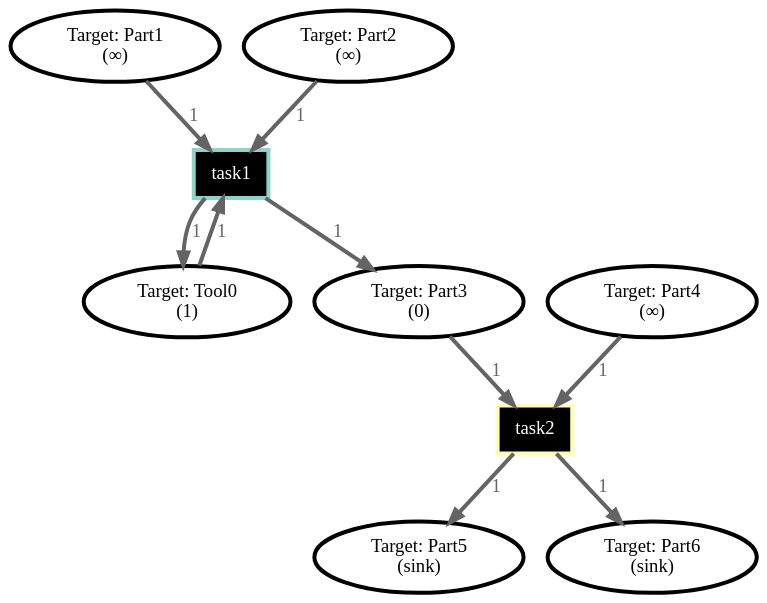
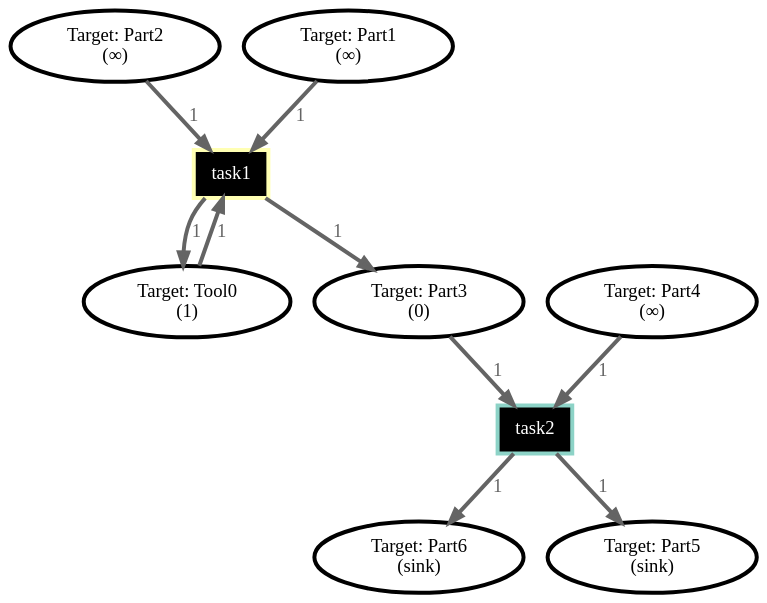
One commit to Wisc-HCI/allocobot changed the diagram in basic.dot. Above: the diagram before and after it, drawn with Graphviz. The commit also changed 10 other files, not shown here.

```diff
--- a/basic.dot
+++ b/basic.dot
@@ -1,31 +1,31 @@
 digraph Job_1 {
 bgcolor="transparent"
+// Place Target: Part2
+	229796830994320086550841309018528025723 [label="Target: Part2\n(∞)",tooltip="Target:Part2",style=filled,fillcolor="#FFFFFF",color="#000000",penwidth=3];
+// Place Target: Part3
+	111207074528930920974023996637798907682 [label="Target: Part3\n(0)",tooltip="Target:Part3",style=filled,fillcolor="#FFFFFF",color="#000000",penwidth=3];
+// Place Target: Part6
+	223904012590262649490106335439222087609 [label="Target: Part6\n(sink)",tooltip="Target:Part6",style=filled,fillcolor="#FFFFFF",color="#000000",penwidth=3];
+// Place Target: Part4
+	46542626004616670144962385505130569823 [label="Target: Part4\n(∞)",tooltip="Target:Part4",style=filled,fillcolor="#FFFFFF",color="#000000",penwidth=3];
+// Place Target: Tool0
+	333527955037345707140191695102878057628 [label="Target: Tool0\n(1)",tooltip="Target:Tool0",style=filled,fillcolor="#FFFFFF",color="#000000",penwidth=3];
+// Place Target: Part1
+	35962894677121355045917134238595414877 [label="Target: Part1\n(∞)",tooltip="Target:Part1",style=filled,fillcolor="#FFFFFF",color="#000000",penwidth=3];
 // Place Target: Part5
-	254121561363505507579534080344849193406 [label="Target: Part5\n(sink)",tooltip="Target:Part5",style=filled,fillcolor="#FFFFFF",color="#000000",penwidth=3];
-// Place Target: Part3
-	315691685605973854689180236790451034163 [label="Target: Part3\n(0)",tooltip="Target:Part3",style=filled,fillcolor="#FFFFFF",color="#000000",penwidth=3];
-// Place Target: Part6
-	79260558493765799762065059066793344126 [label="Target: Part6\n(sink)",tooltip="Target:Part6",style=filled,fillcolor="#FFFFFF",color="#000000",penwidth=3];
-// Place Target: Tool0
-	96045772910659482129030334219934172723 [label="Target: Tool0\n(1)",tooltip="Target:Tool0",style=filled,fillcolor="#FFFFFF",color="#000000",penwidth=3];
-// Place Target: Part4
-	237469731115177439631609116638330935203 [label="Target: Part4\n(∞)",tooltip="Target:Part4",style=filled,fillcolor="#FFFFFF",color="#000000",penwidth=3];
-// Place Target: Part1
-	289974723802224764308514001960452805233 [label="Target: Part1\n(∞)",tooltip="Target:Part1",style=filled,fillcolor="#FFFFFF",color="#000000",penwidth=3];
-// Place Target: Part2
-	144388234892471828246695503312522862836 [label="Target: Part2\n(∞)",tooltip="Target:Part2",style=filled,fillcolor="#FFFFFF",color="#000000",penwidth=3];
+	289780229631635489750083816345446531483 [label="Target: Part5\n(sink)",tooltip="Target:Part5",style=filled,fillcolor="#FFFFFF",color="#000000",penwidth=3];
+// Transition task2
+	96125577654285215117336544733486040147 [label="task2",tooltip="Task:task2",shape=box,style=filled,fillcolor="#000000",fontcolor="#FFFFFF",color="#8DD3C7",penwidth=3];
 // Transition task1
-	97139159726315801358773349195481537954 [label="task1",tooltip="Task:task1",shape=box,style=filled,fillcolor="#000000",fontcolor="#FFFFFF",color="#8DD3C7",penwidth=3];
-// Transition task2
-	339759114139335131940551307251964456825 [label="task2",tooltip="Task:task2",shape=box,style=filled,fillcolor="#000000",fontcolor="#FFFFFF",color="#FFFFB3",penwidth=3];
-	289974723802224764308514001960452805233 -> 97139159726315801358773349195481537954 [label="1",color="#646464",fontcolor="#646464",penwidth=3];
-	96045772910659482129030334219934172723 -> 97139159726315801358773349195481537954 [label="1",color="#646464",fontcolor="#646464",penwidth=3];
-	144388234892471828246695503312522862836 -> 97139159726315801358773349195481537954 [label="1",color="#646464",fontcolor="#646464",penwidth=3];
-	97139159726315801358773349195481537954 -> 315691685605973854689180236790451034163 [label="1",color="#646464",fontcolor="#646464",penwidth=3];
-	97139159726315801358773349195481537954 -> 96045772910659482129030334219934172723 [label="1",color="#646464",fontcolor="#646464",penwidth=3];
-	237469731115177439631609116638330935203 -> 339759114139335131940551307251964456825 [label="1",color="#646464",fontcolor="#646464",penwidth=3];
-	315691685605973854689180236790451034163 -> 339759114139335131940551307251964456825 [label="1",color="#646464",fontcolor="#646464",penwidth=3];
-	339759114139335131940551307251964456825 -> 254121561363505507579534080344849193406 [label="1",color="#646464",fontcolor="#646464",penwidth=3];
-	339759114139335131940551307251964456825 -> 79260558493765799762065059066793344126 [label="1",color="#646464",fontcolor="#646464",penwidth=3];
+	247540908381885874707202673811351352180 [label="task1",tooltip="Task:task1",shape=box,style=filled,fillcolor="#000000",fontcolor="#FFFFFF",color="#FFFFB3",penwidth=3];
+	111207074528930920974023996637798907682 -> 96125577654285215117336544733486040147 [label="1",color="#646464",fontcolor="#646464",penwidth=3];
+	46542626004616670144962385505130569823 -> 96125577654285215117336544733486040147 [label="1",color="#646464",fontcolor="#646464",penwidth=3];
+	96125577654285215117336544733486040147 -> 289780229631635489750083816345446531483 [label="1",color="#646464",fontcolor="#646464",penwidth=3];
+	96125577654285215117336544733486040147 -> 223904012590262649490106335439222087609 [label="1",color="#646464",fontcolor="#646464",penwidth=3];
+	229796830994320086550841309018528025723 -> 247540908381885874707202673811351352180 [label="1",color="#646464",fontcolor="#646464",penwidth=3];
+	333527955037345707140191695102878057628 -> 247540908381885874707202673811351352180 [label="1",color="#646464",fontcolor="#646464",penwidth=3];
+	35962894677121355045917134238595414877 -> 247540908381885874707202673811351352180 [label="1",color="#646464",fontcolor="#646464",penwidth=3];
+	247540908381885874707202673811351352180 -> 111207074528930920974023996637798907682 [label="1",color="#646464",fontcolor="#646464",penwidth=3];
+	247540908381885874707202673811351352180 -> 333527955037345707140191695102878057628 [label="1",color="#646464",fontcolor="#646464",penwidth=3];
 overlap=false
 }
```
